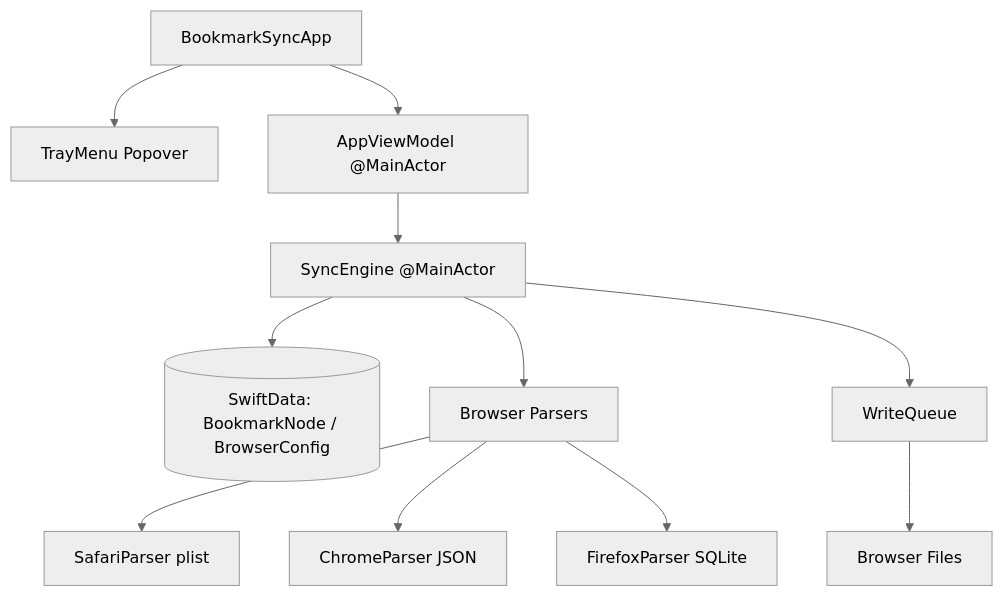
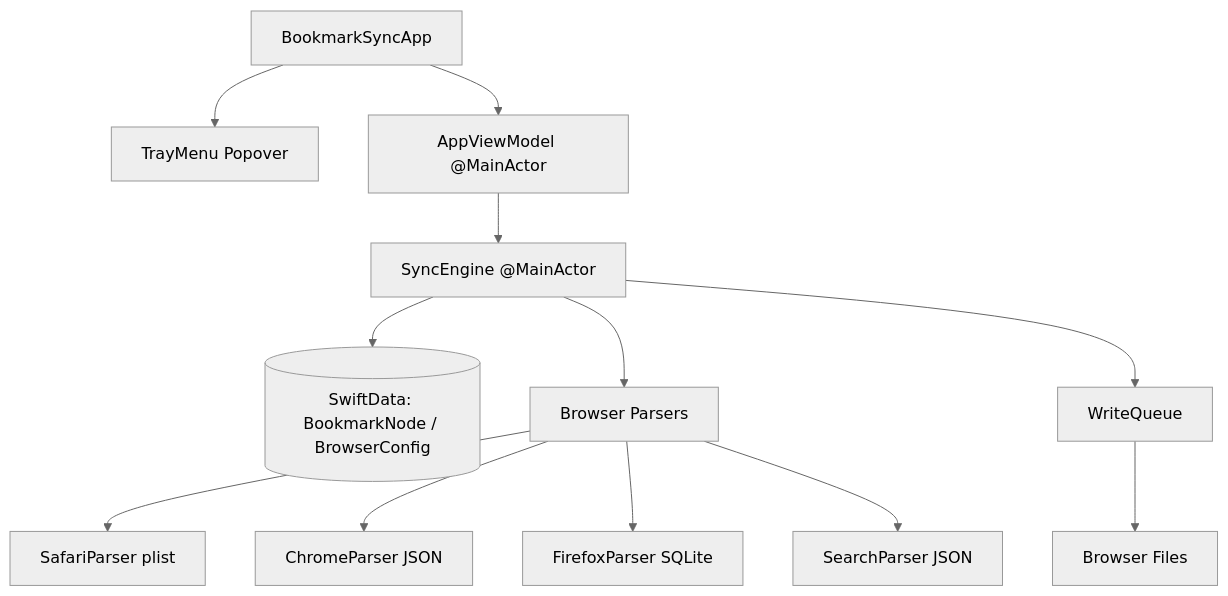
The diagram in AGENTS.md (Xazzzi/bookmarksync), drawn with Mermaid (neutral theme) before and after one commit. The commit also changed 8 other files, not shown here.

````diff
--- a/AGENTS.md
+++ b/AGENTS.md
@@ -9,13 +9,14 @@
 ```mermaid
 graph TD
     App[BookmarkSyncApp] --> Tray[TrayMenu Popover]
     App --> VM[AppViewModel @MainActor]
     VM --> SE[SyncEngine @MainActor]
     SE --> DB[(SwiftData: BookmarkNode / BrowserConfig)]
     SE --> Parsers[Browser Parsers]
     SE --> WQ[WriteQueue]
     Parsers --> Safari[SafariParser plist]
     Parsers --> Chrome[ChromeParser JSON]
     Parsers --> Firefox[FirefoxParser SQLite]
+    Parsers --> Search[SearchParser JSON]
     WQ --> Files[Browser Files]
 ```
````
